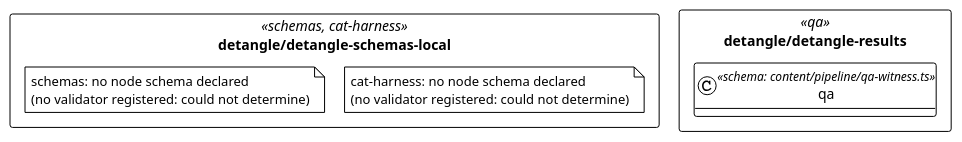
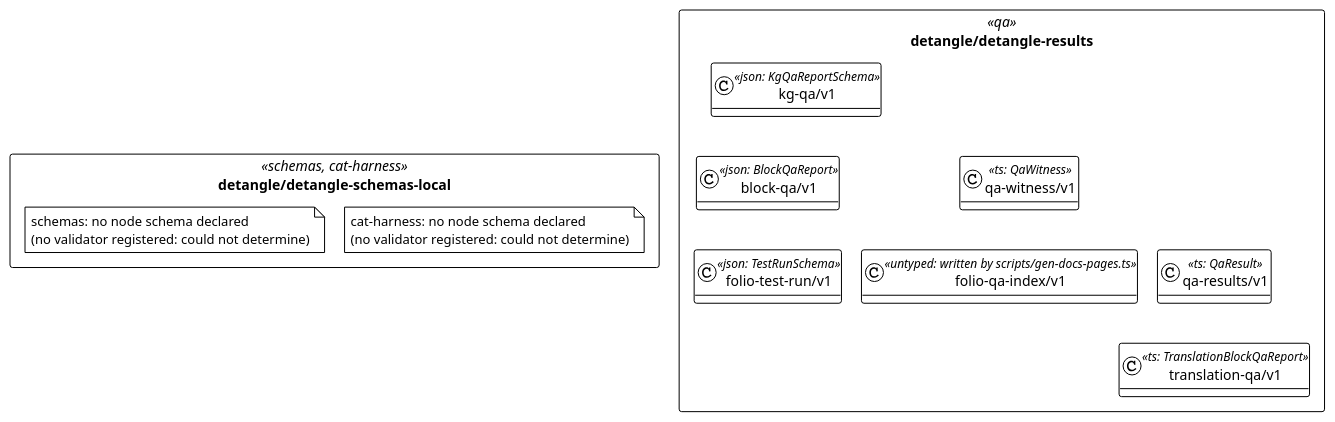
Before and after one commit to litlfred/folio-assistant: the diagram in cat-harness/uml/overview/detangle.puml, drawn with PlantUML. The commit also changed 22 other files, not shown here.

First line of the commit message:
rdkm: a graph kind names one node schema per $schema family

```diff
--- a/cat-harness/uml/overview/detangle.puml
+++ b/cat-harness/uml/overview/detangle.puml
@@ -3,18 +3,30 @@
 @startuml detangle
 !pragma layout elk
 !theme plain
 skinparam classAttributeIconSize 0
 skinparam shadowing false
 skinparam packageStyle rectangle
 hide empty methods
 
 package "detangle/detangle-schemas-local" as pkg_detangle_detangle_schemas_local <<schemas, cat-harness>> {
   note "schemas: no node schema declared\n(no validator registered: could not determine)" as n_detangle_detangle_schemas_local_schemas
   note "cat-harness: no node schema declared\n(no validator registered: could not determine)" as n_detangle_detangle_schemas_local_cat_harness
 }
 package "detangle/detangle-results" as pkg_detangle_detangle_results <<qa>> {
-  class "qa" as detangle_detangle_results_qa_shape <<schema: content/pipeline/qa-witness.ts>> {
+  class "kg-qa/v1" as detangle_detangle_results_kg_qa_v1_kg_qa_v1 <<json: KgQaReportSchema>> {
+  }
+  class "block-qa/v1" as detangle_detangle_results_block_qa_v1_block_qa_v1 <<json: BlockQaReport>> {
+  }
+  class "folio-test-run/v1" as detangle_detangle_results_folio_test_run_v1_folio_test_run_v1 <<json: TestRunSchema>> {
+  }
+  class "qa-witness/v1" as detangle_detangle_results_qa_witness_v1 <<ts: QaWitness>> {
+  }
+  class "qa-results/v1" as detangle_detangle_results_qa_results_v1 <<ts: QaResult>> {
+  }
+  class "translation-qa/v1" as detangle_detangle_results_translation_qa_v1 <<ts: TranslationBlockQaReport>> {
+  }
+  class "folio-qa-index/v1" as detangle_detangle_results_folio_qa_index_v1 <<untyped: written by scripts/gen-docs-pages.ts>> {
   }
 }
 
 @enduml
```
